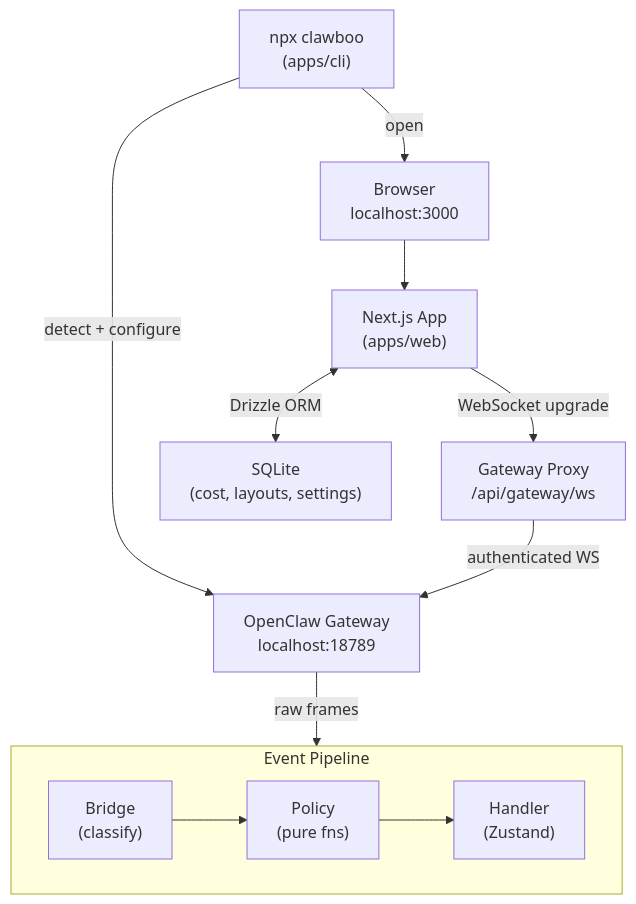
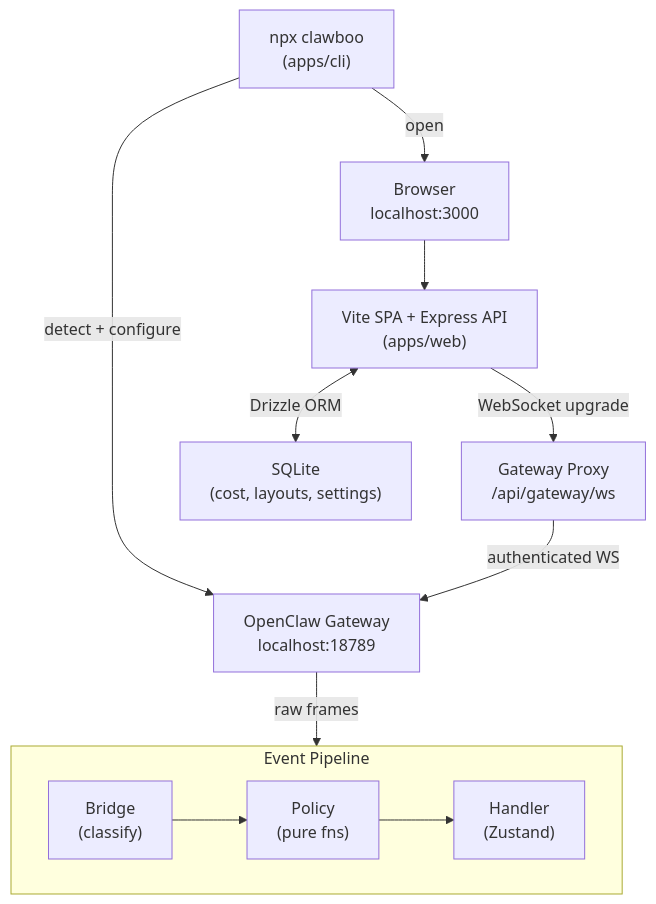
Before and after one commit to clawboo/clawboo: the diagram in README.md, drawn with Mermaid. The commit also changed other lines of this file and 46 other files, not shown here.

First line of the commit message:
feat(system): add system setup flows, model configuration, and CLI packaging (#7)

````diff
--- a/README.md
+++ b/README.md
@@ -58,23 +93,23 @@
 ```mermaid
 graph TD
     CLI["npx clawboo<br/>(apps/cli)"]
     Browser["Browser<br/>localhost:3000"]
-    Web["Next.js App<br/>(apps/web)"]
+    Web["Vite SPA + Express API<br/>(apps/web)"]
     Proxy["Gateway Proxy<br/>/api/gateway/ws"]
     Gateway["OpenClaw Gateway<br/>localhost:18789"]
     SQLite["SQLite<br/>(cost, layouts, settings)"]
 
     CLI -->|"detect + configure"| Gateway
     CLI -->|"open"| Browser
     Browser --> Web
     Web -->|"WebSocket upgrade"| Proxy
     Proxy -->|"authenticated WS"| Gateway
     Web <-->|"Drizzle ORM"| SQLite
 
     subgraph "Event Pipeline"
         direction LR
         Bridge["Bridge<br/>(classify)"] --> Policy["Policy<br/>(pure fns)"] --> Handler["Handler<br/>(Zustand)"]
     end
 
     Gateway -->|"raw frames"| Bridge
 ```
````
